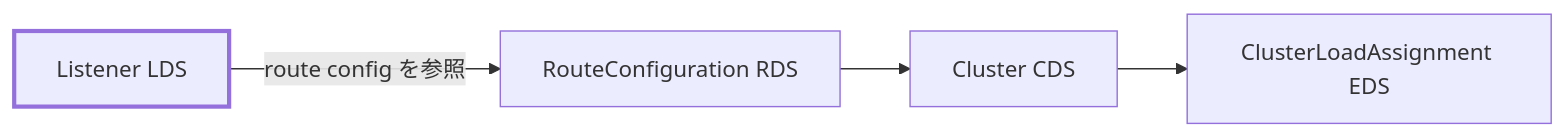
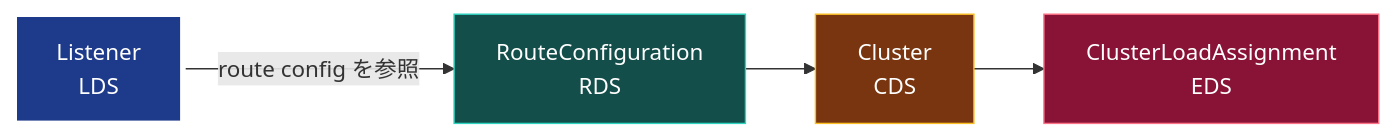
Before and after one commit to 0-draft/envoy-xds-deep-dive: the diagram in docs/03-lds/README.ja.md, drawn with Mermaid. The commit also changed 27 other files, not shown here.

First line of the commit message:
docs: semantic color, distinct shapes, and a11y metadata for all mermaid diagrams

````diff
--- a/docs/03-lds/README.ja.md
+++ b/docs/03-lds/README.ja.md
@@ -8,7 +8,17 @@
 ```mermaid
 flowchart LR
-    L[Listener LDS] -- route config を参照 --> R[RouteConfiguration RDS]
-    R --> C[Cluster CDS]
-    C --> E[ClusterLoadAssignment EDS]
-    style L stroke-width:3px
+    accTitle: 依存チェーンにおける LDS の位置
+    accDescr: LDS が配信する Listener がチェーン最上段で強調されている。Listener は RouteConfiguration を、次に Cluster を、次に ClusterLoadAssignment を参照する。
+    L[Listener<br/>LDS] -- route config を参照 --> R[RouteConfiguration<br/>RDS]
+    R --> C[Cluster<br/>CDS]
+    C --> E[ClusterLoadAssignment<br/>EDS]
+    class L lds
+    class R rds
+    class C cds
+    class E eds
+    style L stroke:#fff,stroke-width:4px
+    classDef lds fill:#1e3a8a,stroke:#60a5fa,color:#fff
+    classDef rds fill:#134e4a,stroke:#2dd4bf,color:#fff
+    classDef cds fill:#78350f,stroke:#fbbf24,color:#fff
+    classDef eds fill:#881337,stroke:#fb7185,color:#fff
 ```
````
